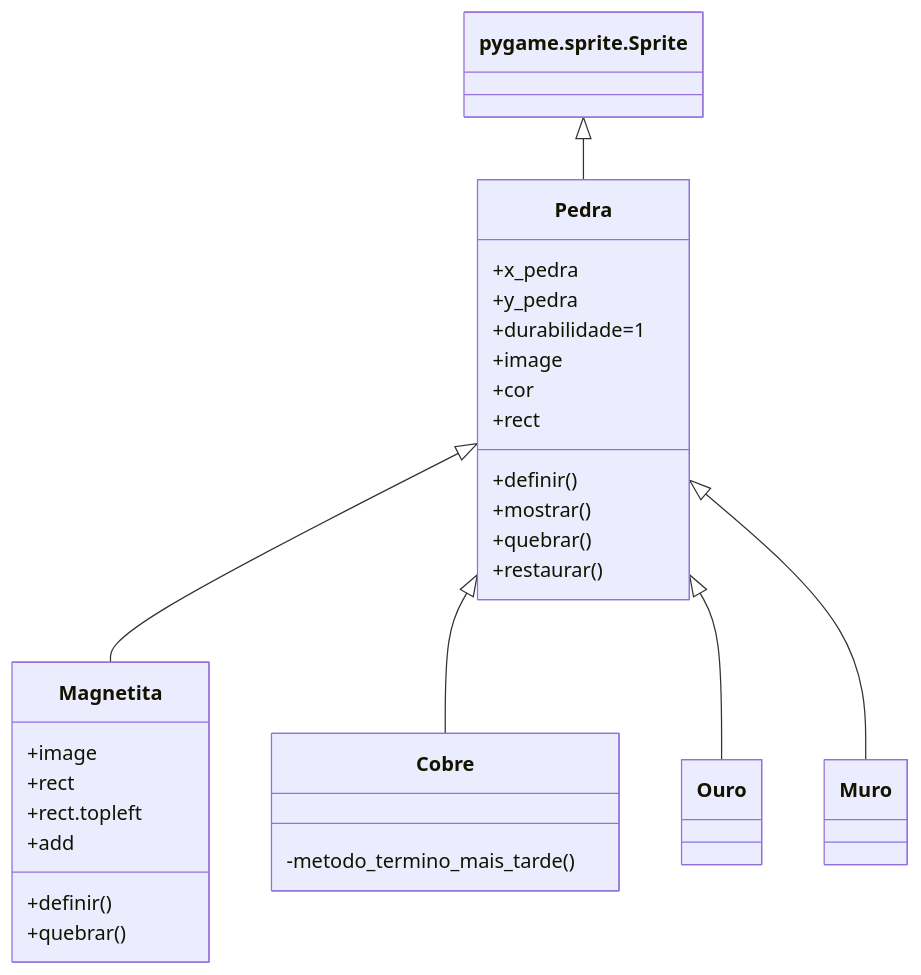
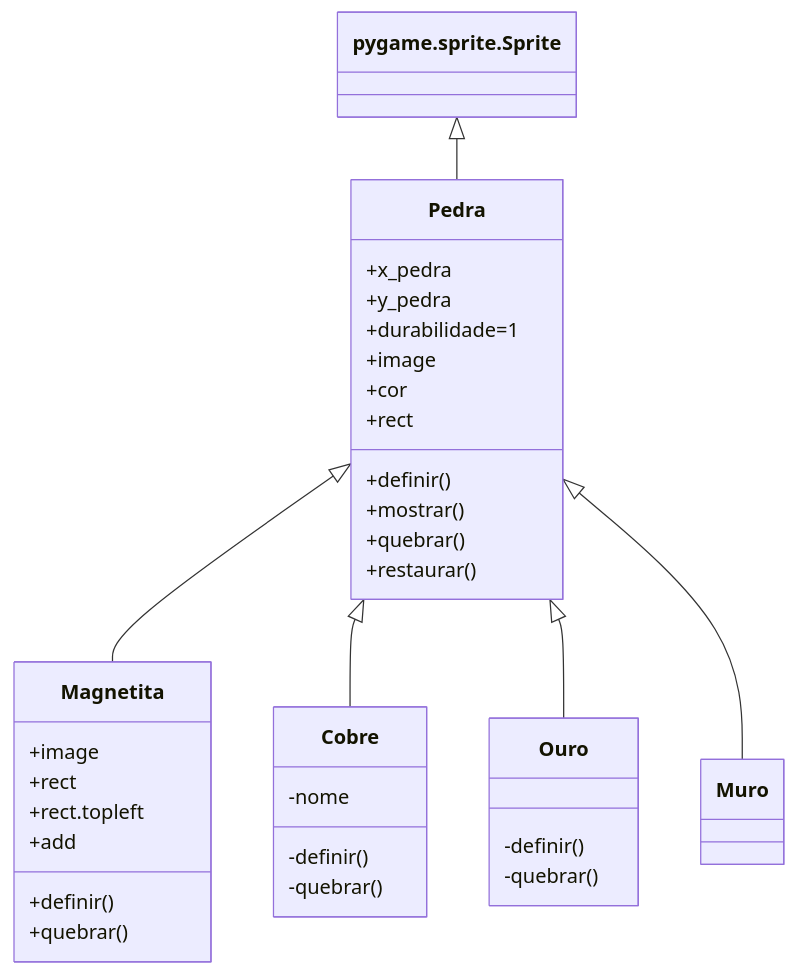
Before and after one commit to UirajanJS/Projeto-IP: the diagram in README.md, drawn with Mermaid. The commit also changed other lines of this file, not shown here.

````diff
--- a/README.md
+++ b/README.md
@@ -55,29 +55,37 @@
 ```mermaid
 classDiagram
   pygame.sprite.Sprite <|-- Pedra
   Pedra <|-- Magnetita
   Pedra <|-- Cobre
   Pedra <|-- Ouro
   Pedra <|-- Muro
   Pedra : +x_pedra
   Pedra : +y_pedra
   Pedra : +durabilidade=1
   Pedra : +image
   Pedra : +cor
   Pedra : +rect
   Pedra: +definir()
   Pedra: +mostrar()
   Pedra: +quebrar()
   Pedra: +restaurar()
       class Magnetita{
           +image
           +rect
           +rect.topleft
           +add
           +definir()
           +quebrar()
       }
       class Cobre{
-          -metodo_termino_mais_tarde()
+          -nome
+          -definir()
+          -quebrar()
+
+      }
+      class Ouro{
+          -definir()
+          -quebrar()
+
       }
  ```
````
